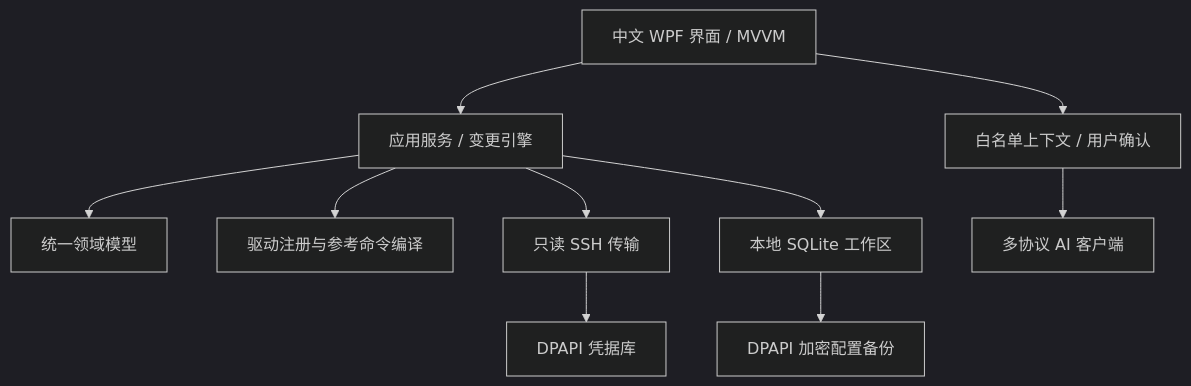
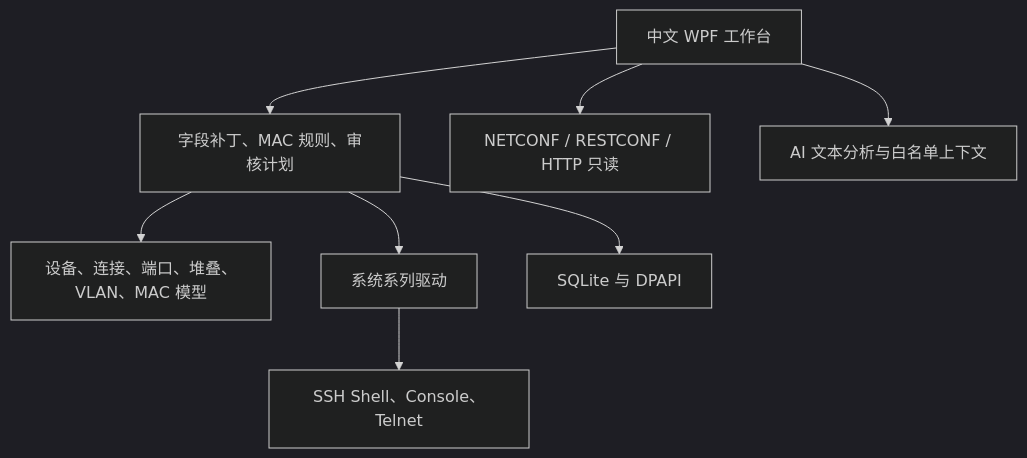
Before and after one commit to saohuaLee/switch-tools: the diagram in docs/产品与架构.md, drawn with Mermaid (dark theme). The commit also changed other lines of this file and 44 other files, not shown here.

````diff
--- a/docs/产品与架构.md
+++ b/docs/产品与架构.md
@@ -21,12 +11,10 @@
 ```mermaid
 flowchart TD
-    A[中文 WPF 界面 / MVVM] --> B[应用服务 / 变更引擎]
-    B --> C[统一领域模型]
-    B --> D[驱动注册与参考命令编译]
-    B --> E[只读 SSH 传输]
-    B --> F[本地 SQLite 工作区]
-    F --> G[DPAPI 加密配置备份]
-    E --> H[DPAPI 凭据库]
-    A --> I[白名单上下文 / 用户确认]
-    I --> J[多协议 AI 客户端]
+  UI[中文 WPF 工作台] --> APP[字段补丁、MAC 规则、审核计划]
+  APP --> DOMAIN[设备、连接、端口、堆叠、VLAN、MAC 模型]
+  APP --> DRIVER[系统系列驱动]
+  DRIVER --> SESSION[SSH Shell、Console、Telnet]
+  UI --> READ[NETCONF / RESTCONF / HTTP 只读]
+  UI --> AI[AI 文本分析与白名单上下文]
+  APP --> STORE[SQLite 与 DPAPI]
 ```
````
